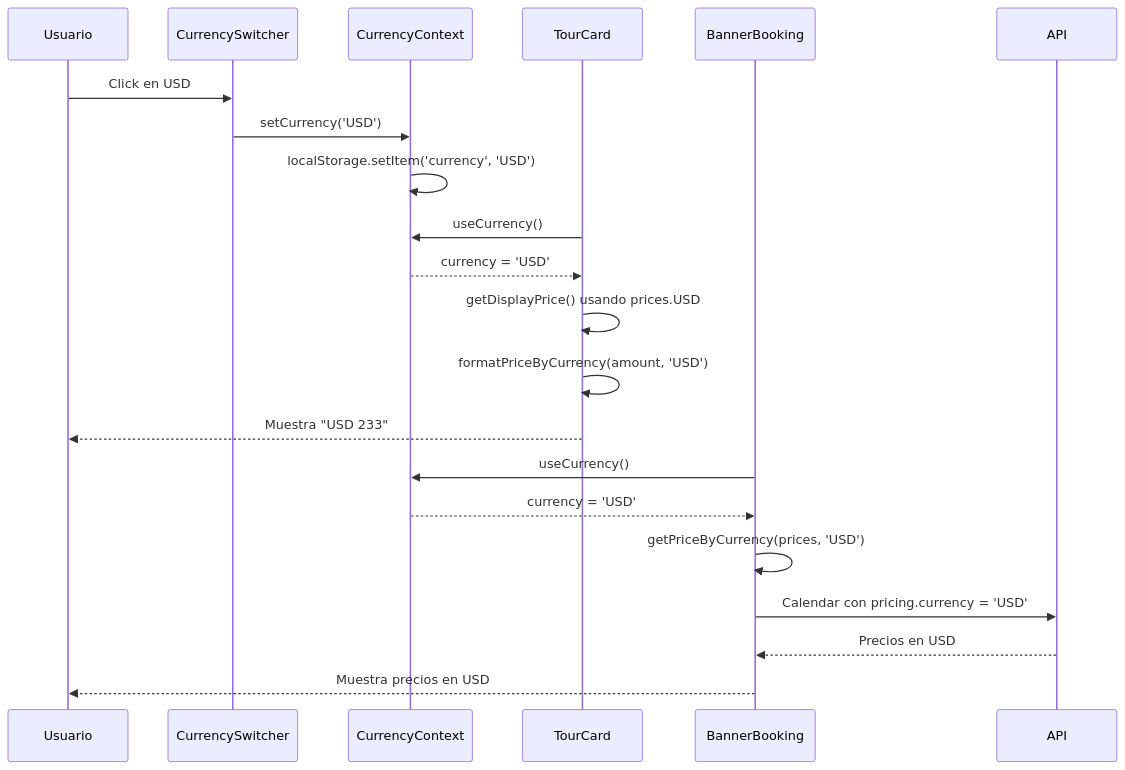
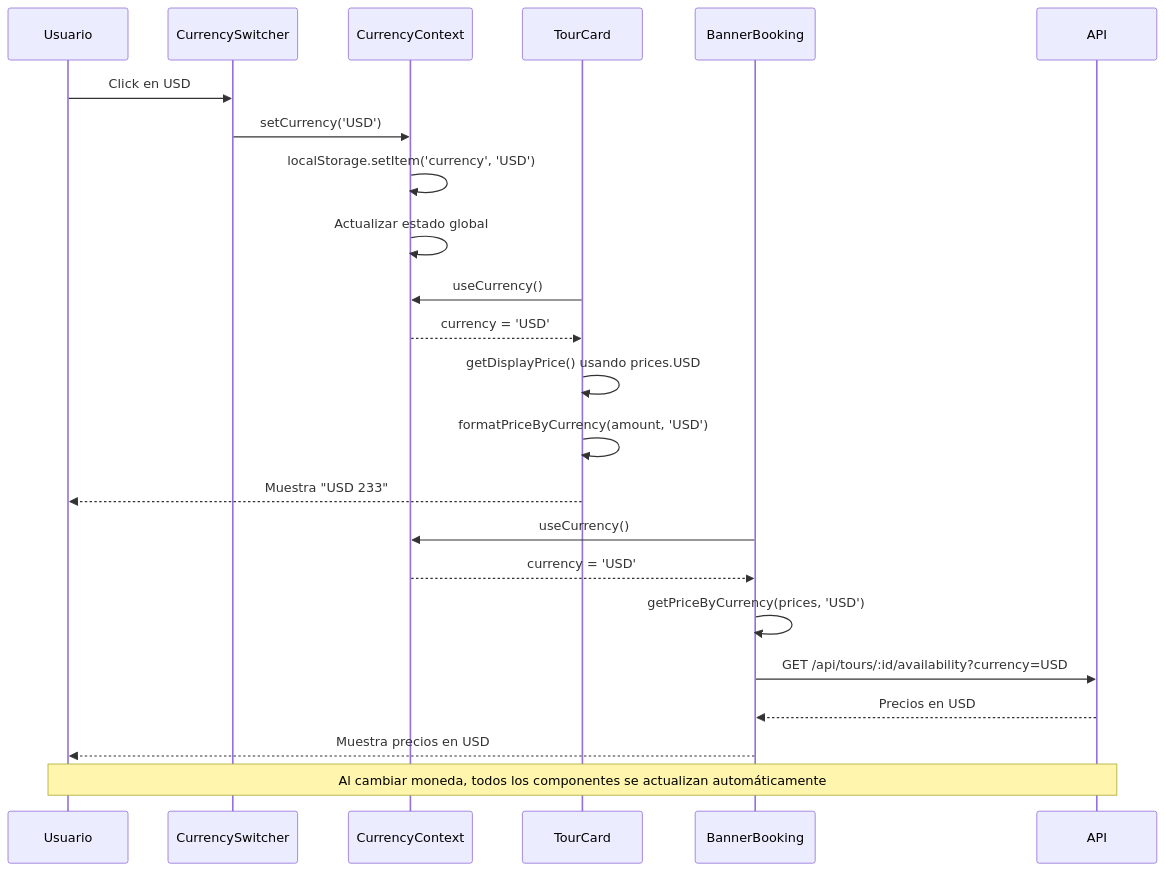
Diagram 11 of 12 in docs/ARCHITECTURE_DIAGRAM.md (ximepaparella/antartur), drawn with Mermaid before and after one commit. The commit also changed other lines of this file and 19 other files, not shown here.

````diff
--- a/docs/ARCHITECTURE_DIAGRAM.md
+++ b/docs/ARCHITECTURE_DIAGRAM.md
@@ -138,26 +607,29 @@
 ```mermaid
 sequenceDiagram
     participant U as Usuario
     participant CS as CurrencySwitcher
     participant CC as CurrencyContext
     participant TC as TourCard
     participant BC as BannerBooking
     participant API as API
     
     U->>CS: Click en USD
     CS->>CC: setCurrency('USD')
     CC->>CC: localStorage.setItem('currency', 'USD')
+    CC->>CC: Actualizar estado global
     
     TC->>CC: useCurrency()
     CC-->>TC: currency = 'USD'
     TC->>TC: getDisplayPrice() usando prices.USD
     TC->>TC: formatPriceByCurrency(amount, 'USD')
     TC-->>U: Muestra "USD 233"
     
     BC->>CC: useCurrency()
     CC-->>BC: currency = 'USD'
     BC->>BC: getPriceByCurrency(prices, 'USD')
-    BC->>API: Calendar con pricing.currency = 'USD'
+    BC->>API: GET /api/tours/:id/availability?currency=USD
     API-->>BC: Precios en USD
     BC-->>U: Muestra precios en USD
+    
+    Note over U,API: Al cambiar moneda, todos los componentes se actualizan automáticamente
 ```
````
